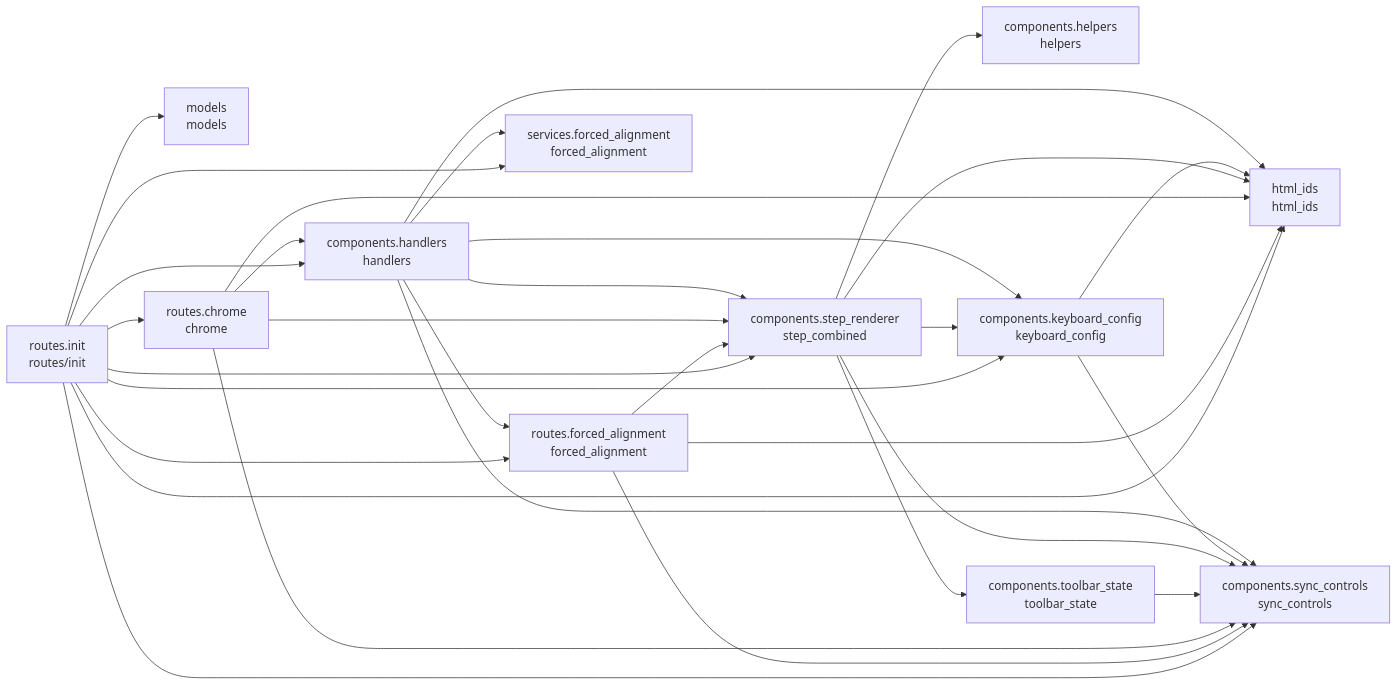
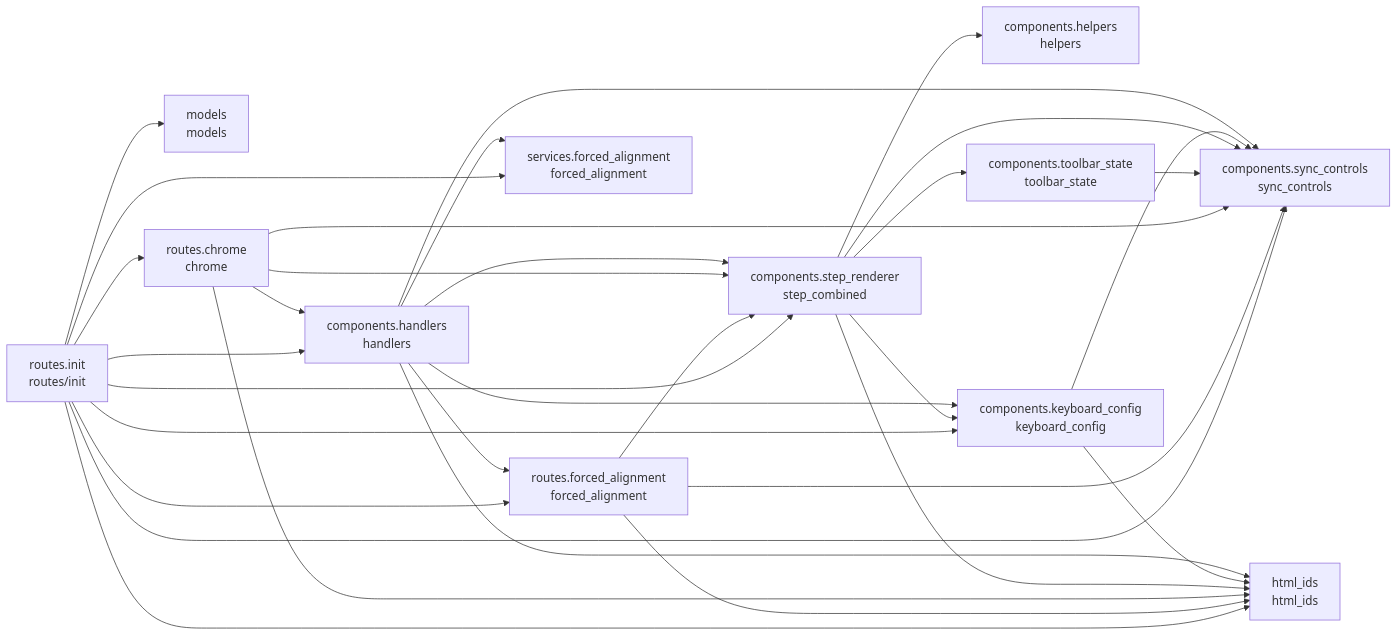
Before and after one commit to cj-mills/cjm-transcript-segment-align: the diagram in README.md, drawn with Mermaid. The commit also changed other lines of this file and 3 other files, not shown here.

````diff
--- a/README.md
+++ b/README.md
@@ -35,46 +35,46 @@
 ``` mermaid
 graph LR
     components_handlers[components.handlers<br/>handlers]
     components_helpers[components.helpers<br/>helpers]
     components_keyboard_config[components.keyboard_config<br/>keyboard_config]
     components_step_renderer[components.step_renderer<br/>step_combined]
     components_sync_controls[components.sync_controls<br/>sync_controls]
     components_toolbar_state[components.toolbar_state<br/>toolbar_state]
     html_ids[html_ids<br/>html_ids]
     models[models<br/>models]
     routes_chrome[routes.chrome<br/>chrome]
     routes_forced_alignment[routes.forced_alignment<br/>forced_alignment]
     routes_init[routes.init<br/>routes/init]
     services_forced_alignment[services.forced_alignment<br/>forced_alignment]
 
+    components_handlers --> components_step_renderer
     components_handlers --> services_forced_alignment
-    components_handlers --> components_step_renderer
+    components_handlers --> routes_forced_alignment
+    components_handlers --> components_keyboard_config
     components_handlers --> html_ids
-    components_handlers --> components_keyboard_config
-    components_handlers --> routes_forced_alignment
     components_handlers --> components_sync_controls
+    components_keyboard_config --> html_ids
     components_keyboard_config --> components_sync_controls
-    components_keyboard_config --> html_ids
-    components_step_renderer --> html_ids
+    components_step_renderer --> components_helpers
+    components_step_renderer --> components_sync_controls
     components_step_renderer --> components_keyboard_config
     components_step_renderer --> components_toolbar_state
-    components_step_renderer --> components_sync_controls
-    components_step_renderer --> components_helpers
+    components_step_renderer --> html_ids
     components_toolbar_state --> components_sync_controls
+    routes_chrome --> components_step_renderer
+    routes_chrome --> components_handlers
     routes_chrome --> html_ids
-    routes_chrome --> components_handlers
     routes_chrome --> components_sync_controls
-    routes_chrome --> components_step_renderer
     routes_forced_alignment --> components_step_renderer
     routes_forced_alignment --> html_ids
     routes_forced_alignment --> components_sync_controls
+    routes_init --> components_sync_controls
     routes_init --> services_forced_alignment
+    routes_init --> models
+    routes_init --> components_handlers
+    routes_init --> routes_forced_alignment
+    routes_init --> html_ids
+    routes_init --> routes_chrome
     routes_init --> components_step_renderer
-    routes_init --> components_handlers
-    routes_init --> routes_chrome
-    routes_init --> models
-    routes_init --> components_sync_controls
-    routes_init --> html_ids
-    routes_init --> routes_forced_alignment
     routes_init --> components_keyboard_config
 ```
````
